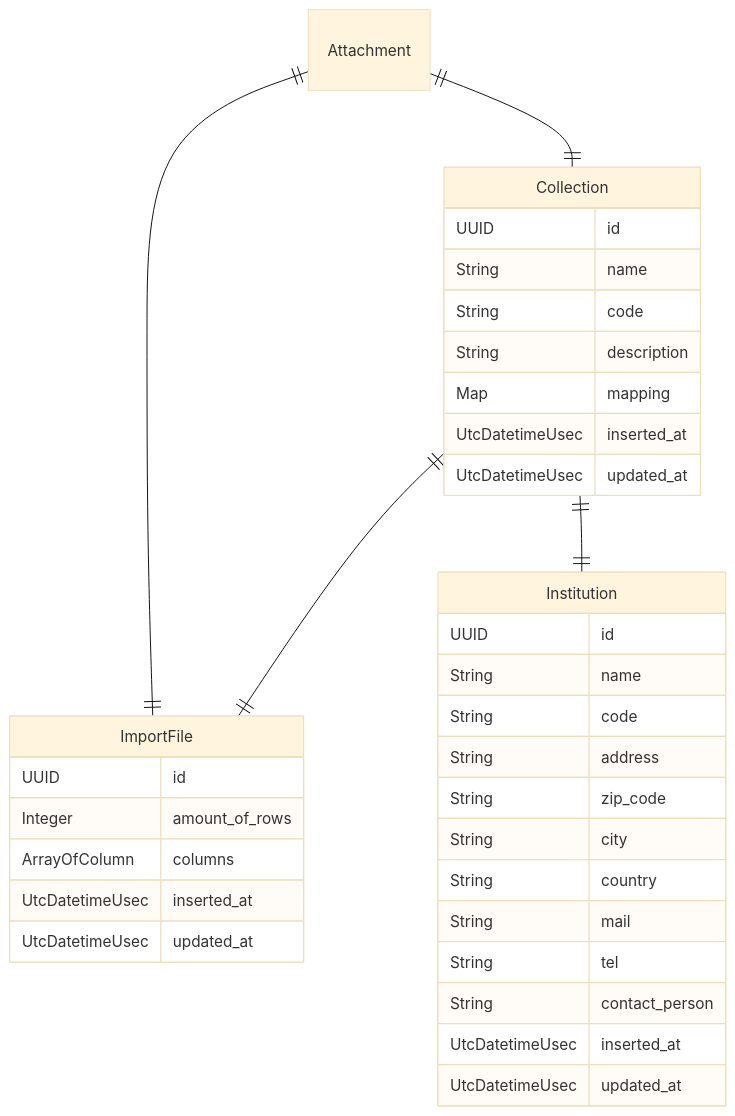
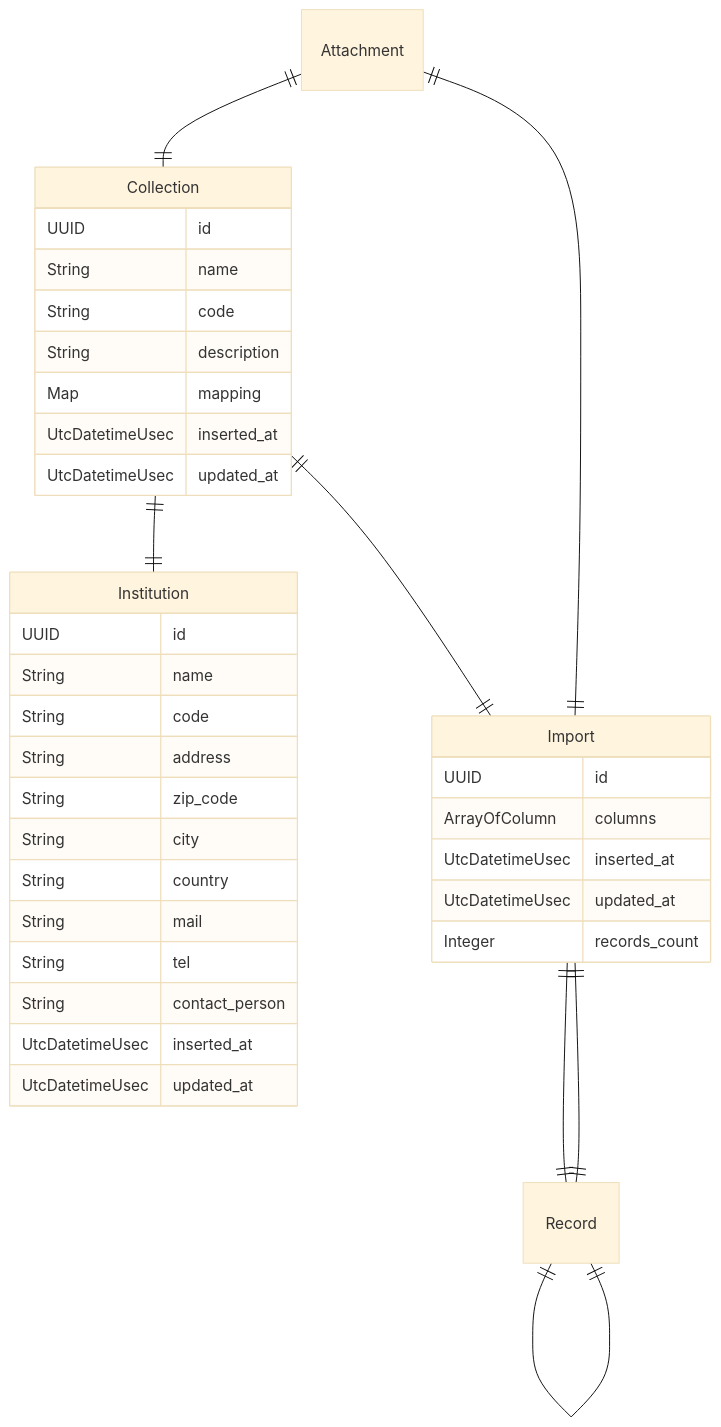
Before and after one commit to zebbra/data_aggregator: the second of 8 diagrams in docs/api.md, drawn with Mermaid (base theme). The commit also changed other lines of this file and 41 other files, not shown here.

````diff
--- a/docs/api.md
+++ b/docs/api.md
@@ -64,38 +80,44 @@
 ```mermaid
 erDiagram
     Institution {
         UUID id
         String name
         String code
         String address
         String zip_code
         String city
         String country
         String mail
         String tel
         String contact_person
         UtcDatetimeUsec inserted_at
         UtcDatetimeUsec updated_at
     }
     Collection {
         UUID id
         String name
         String code
         String description
         Map mapping
         UtcDatetimeUsec inserted_at
         UtcDatetimeUsec updated_at
     }
-    ImportFile {
+    Import {
         UUID id
-        Integer amount_of_rows
         ArrayOfColumn columns
         UtcDatetimeUsec inserted_at
         UtcDatetimeUsec updated_at
+        Integer records_count
+    }
+    Record {
+
     }
 
+    Record ||--|| Import : ""
+    Record ||--|| Record : ""
     Attachment ||--|| Collection : ""
-    Attachment ||--|| ImportFile : ""
-    Collection ||--|| ImportFile : ""
+    Attachment ||--|| Import : ""
+    Collection ||--|| Import : ""
     Collection ||--|| Institution : ""
+    Import ||--|| Record : ""
 ```
````
